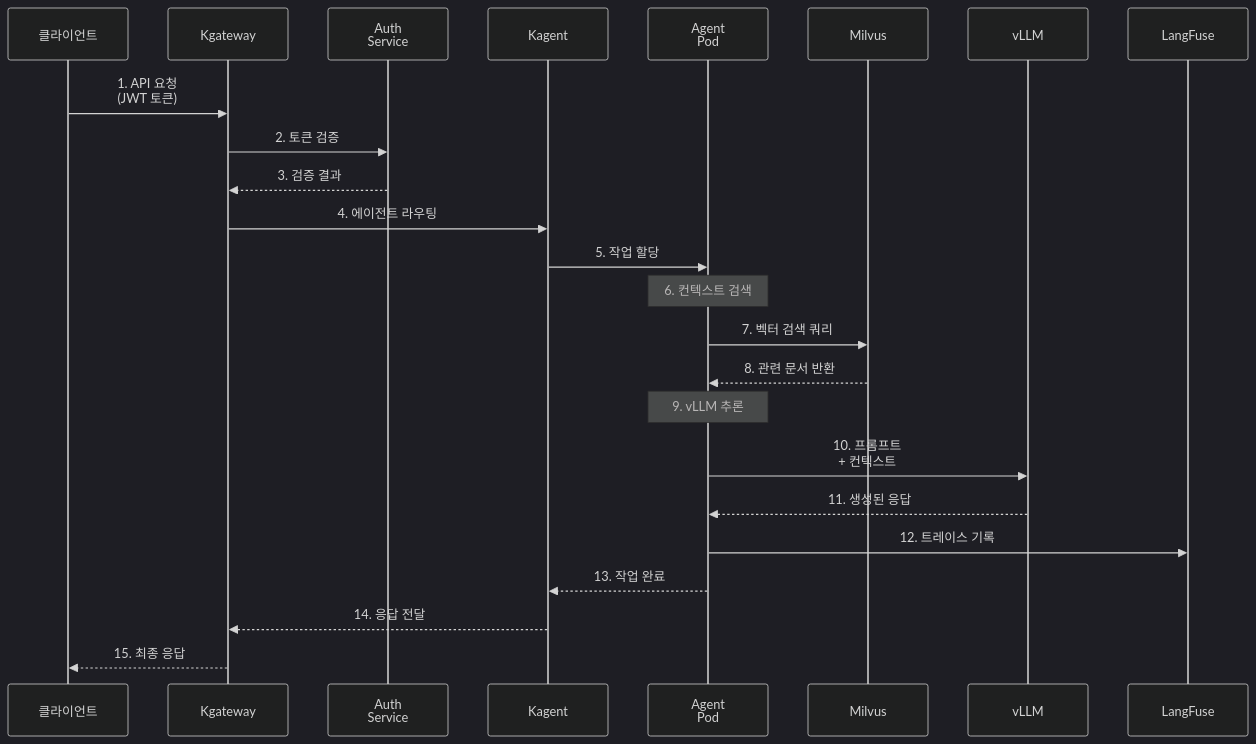
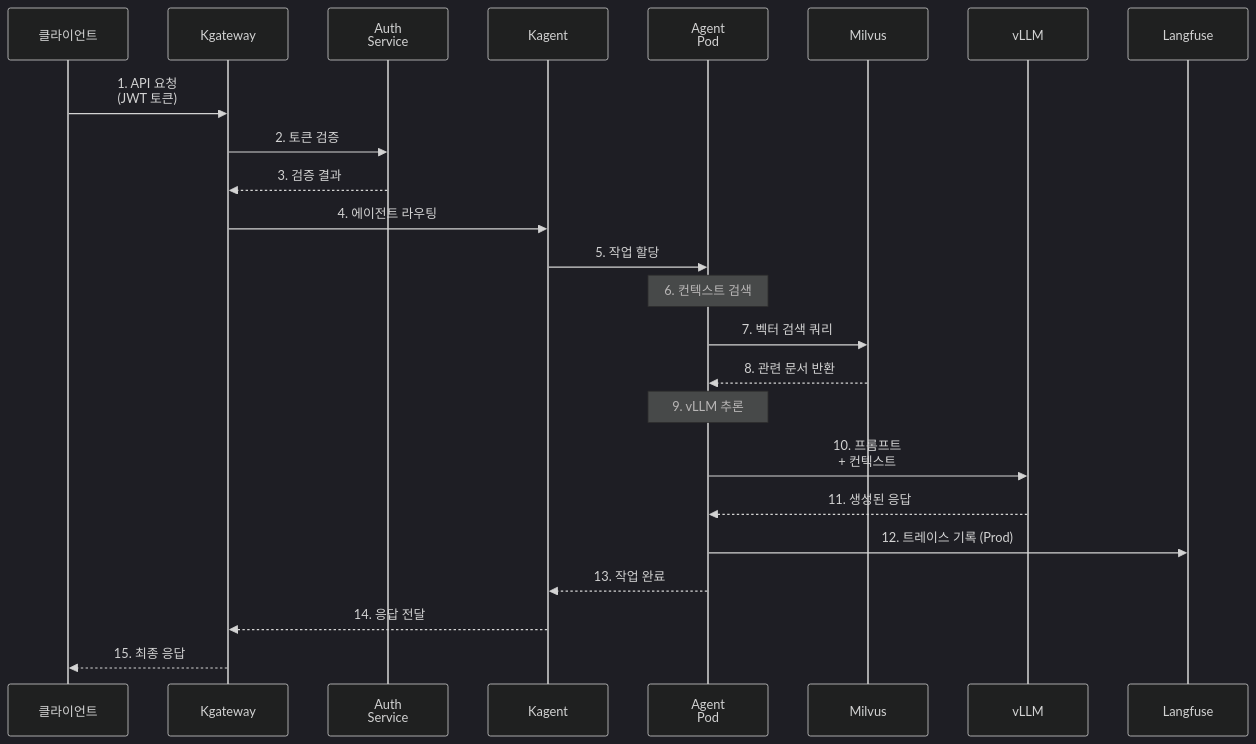
Before and after one commit to devfloor9/engineering-playbook: the tenth of 10 diagrams in docs/agentic-ai-platform/design-architecture/agentic-platform-architecture.md, drawn with Mermaid (dark theme). The commit also changed other lines of this file and 5 other files, not shown here.

````diff
--- a/docs/agentic-ai-platform/design-architecture/agentic-platform-architecture.md
+++ b/docs/agentic-ai-platform/design-architecture/agentic-platform-architecture.md
@@ -961,30 +964,30 @@
 ```mermaid
 sequenceDiagram
     participant Client as 클라이언트
     participant Gateway as Kgateway
     participant Auth as Auth<br/>Service
     participant Kagent as Kagent
     participant Agent as Agent<br/>Pod
     participant Milvus as Milvus
     participant LLM as vLLM
-    participant LangFuse as LangFuse
+    participant Langfuse as Langfuse
 
     Client->>Gateway: 1. API 요청<br/>(JWT 토큰)
     Gateway->>Auth: 2. 토큰 검증
     Auth-->>Gateway: 3. 검증 결과
     Gateway->>Kagent: 4. 에이전트 라우팅
     Kagent->>Agent: 5. 작업 할당
 
     Note over Agent: 6. 컨텍스트 검색
     Agent->>Milvus: 7. 벡터 검색 쿼리
     Milvus-->>Agent: 8. 관련 문서 반환
 
     Note over Agent: 9. vLLM 추론
     Agent->>LLM: 10. 프롬프트<br/>+ 컨텍스트
     LLM-->>Agent: 11. 생성된 응답
 
-    Agent->>LangFuse: 12. 트레이스 기록
+    Agent->>Langfuse: 12. 트레이스 기록 (Prod)
     Agent-->>Kagent: 13. 작업 완료
     Kagent-->>Gateway: 14. 응답 전달
     Gateway-->>Client: 15. 최종 응답
 ```
````
